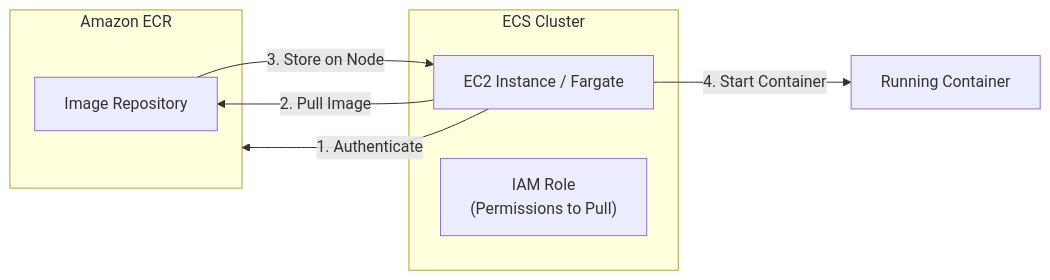
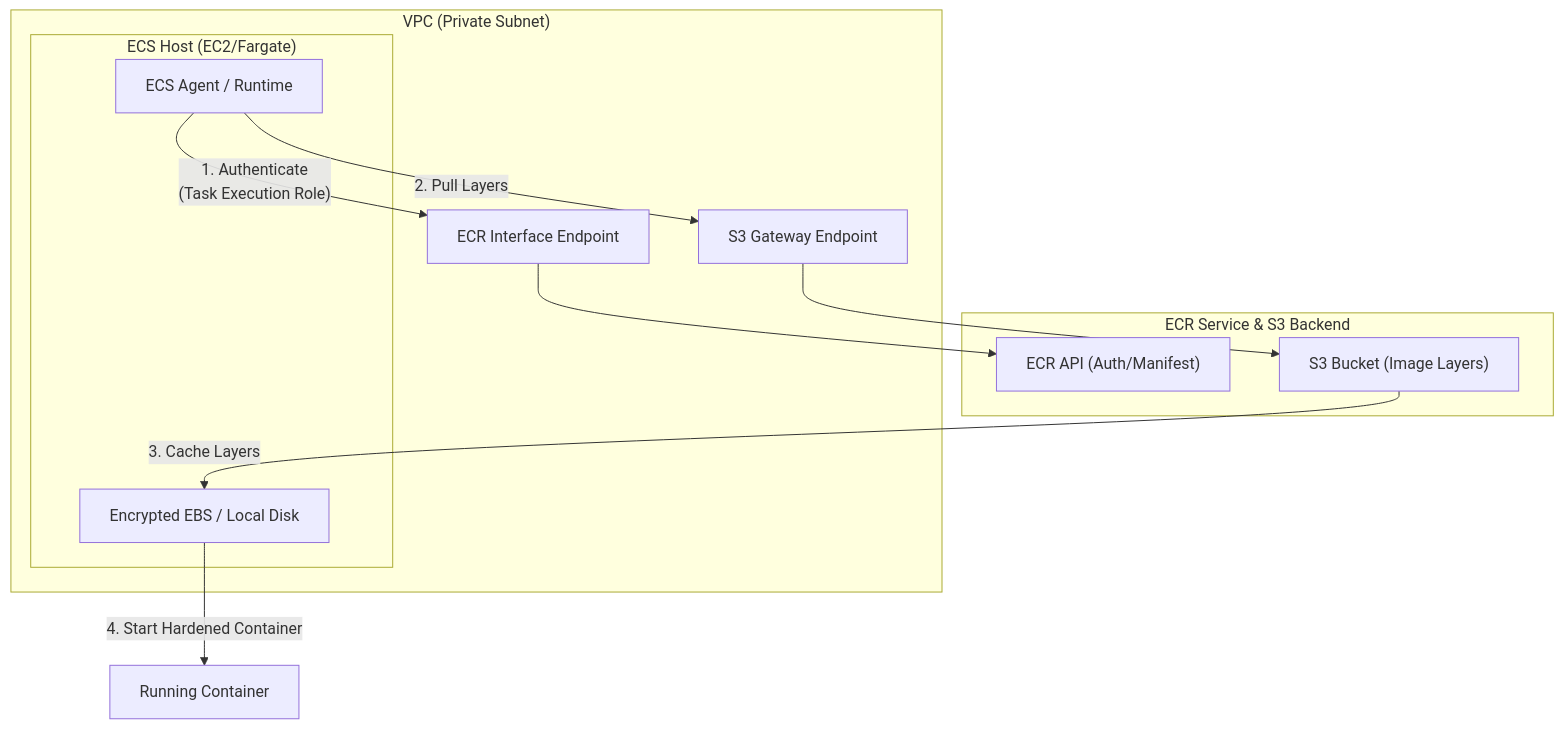
One commit to Root-Shells/aws_scs_udemy changed the first of 6 diagrams in other_services/01_amazon_ecr.md. Above: the diagram before and after it, drawn with Mermaid. The commit also changed other lines of this file and 1 other file, not shown here.

````diff
--- a/other_services/01_amazon_ecr.md
+++ b/other_services/01_amazon_ecr.md
@@ -36,16 +36,26 @@
 ```mermaid
-flowchart LR
-    subgraph ECR ["Amazon ECR"]
-        Repo["Image Repository"]
+flowchart TD
+    subgraph ECR_S3 ["ECR Service & S3 Backend"]
+        Registry["ECR API (Auth/Manifest)"]
+        Layers["S3 Bucket (Image Layers)"]
     end
 
-    subgraph ECS_Cluster ["ECS Cluster"]
-        EC2["EC2 Instance / Fargate"]
-        Role["IAM Role<br>(Permissions to Pull)"]
+    subgraph VPC ["VPC (Private Subnet)"]
+        subgraph ECS_Host ["ECS Host (EC2/Fargate)"]
+            Agent["ECS Agent / Runtime"]
+            Cache["Encrypted EBS / Local Disk"]
+        end
+        
+        VPCE_ECR["ECR Interface Endpoint"]
+        VPCE_S3["S3 Gateway Endpoint"]
     end
 
-    EC2 -- "1. Authenticate" --> ECR
-    EC2 -- "2. Pull Image" --> Repo
-    Repo -- "3. Store on Node" --> EC2
-    EC2 -- "4. Start Container" --> Container["Running Container"]
+    Agent -- "1. Authenticate<br>(Task Execution Role)" --> VPCE_ECR
+    VPCE_ECR --> Registry
+    
+    Agent -- "2. Pull Layers" --> VPCE_S3
+    VPCE_S3 --> Layers
+    
+    Layers -- "3. Cache Layers" --> Cache
+    Cache -- "4. Start Hardened Container" --> Container["Running Container"]
 ```
````
